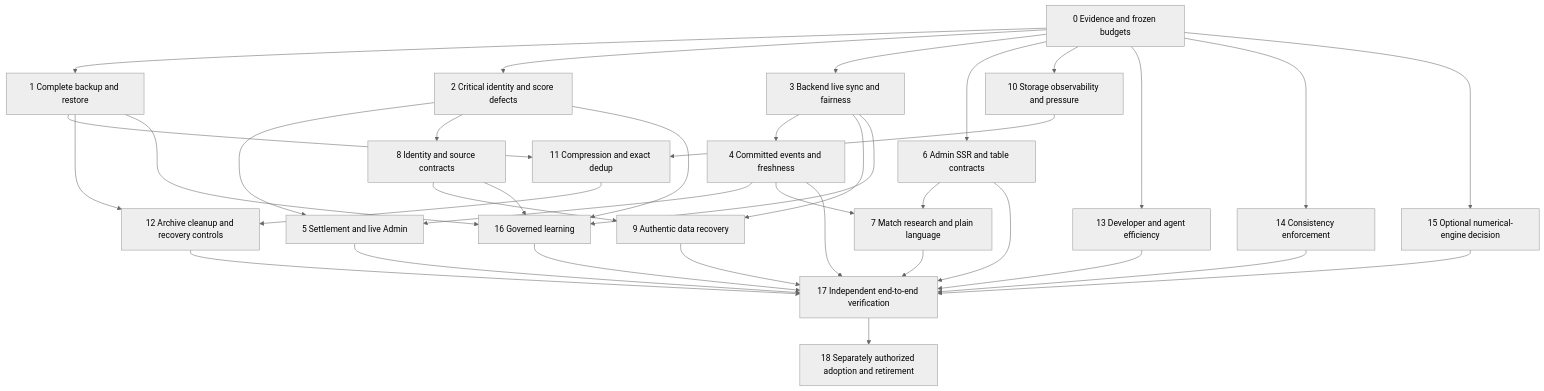
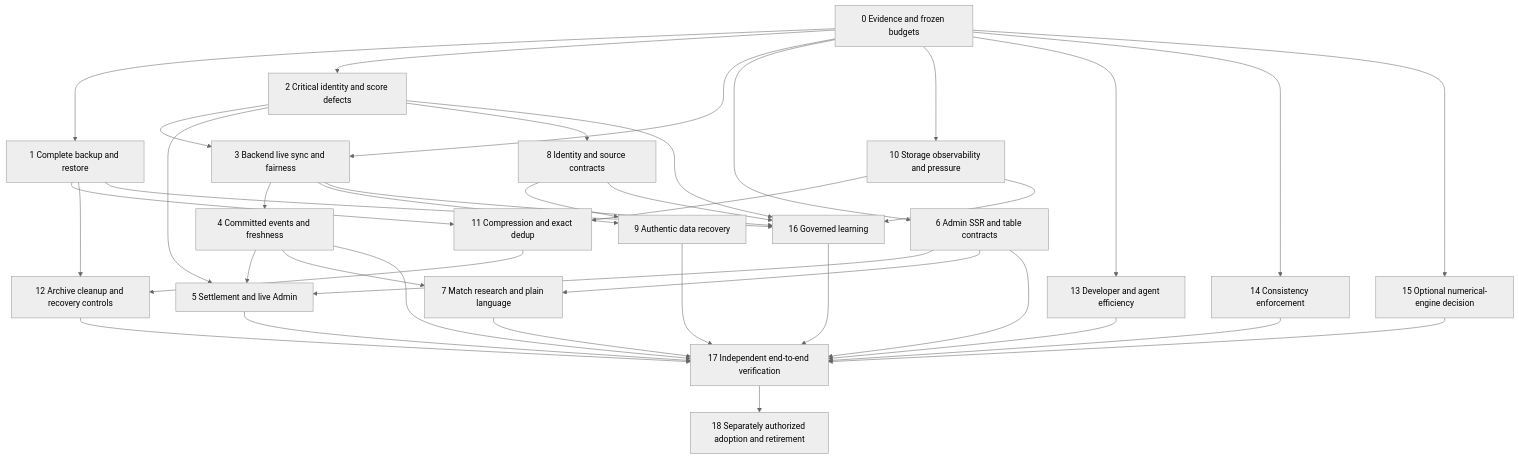
The diagram in docs/architecture/unified-redesign-2026-11-10/roadmap.md (sir-radar/match-forge), drawn with Mermaid (neutral theme) before and after one commit. The commit also changed 9 other files, not shown here.

Commit message:
docs(architecture): verify unified redesign assessment and owner handoff

````diff
--- a/docs/architecture/unified-redesign-2026-11-10/roadmap.md
+++ b/docs/architecture/unified-redesign-2026-11-10/roadmap.md
@@ -68,38 +68,41 @@
 ```mermaid
 flowchart TD
   P00[0 Evidence and frozen budgets] --> P01[1 Complete backup and restore]
   P00 --> P02[2 Critical identity and score defects]
   P00 --> P03[3 Backend live sync and fairness]
+  P02 --> P03
   P03 --> P04[4 Committed events and freshness]
   P02 --> P05[5 Settlement and live Admin]
   P04 --> P05
   P00 --> P06[6 Admin SSR and table contracts]
+  P06 --> P05
   P06 --> P07[7 Match research and plain language]
   P04 --> P07
   P02 --> P08[8 Identity and source contracts]
   P08 --> P09[9 Authentic data recovery]
   P03 --> P09
   P00 --> P10[10 Storage observability and pressure]
   P01 --> P11[11 Compression and exact dedup]
   P10 --> P11
   P11 --> P12[12 Archive cleanup and recovery controls]
   P01 --> P12
   P00 --> P13[13 Developer and agent efficiency]
   P00 --> P14[14 Consistency enforcement]
   P00 --> P15[15 Optional numerical-engine decision]
   P02 --> P16[16 Governed learning]
   P03 --> P16
   P08 --> P16
   P01 --> P16
+  P10 --> P16
   P04 --> P17[17 Independent end-to-end verification]
   P05 --> P17
   P06 --> P17
   P07 --> P17
   P09 --> P17
   P12 --> P17
   P13 --> P17
   P14 --> P17
   P15 --> P17
   P16 --> P17
   P17 --> P18[18 Separately authorized adoption and retirement]
 ```
````
